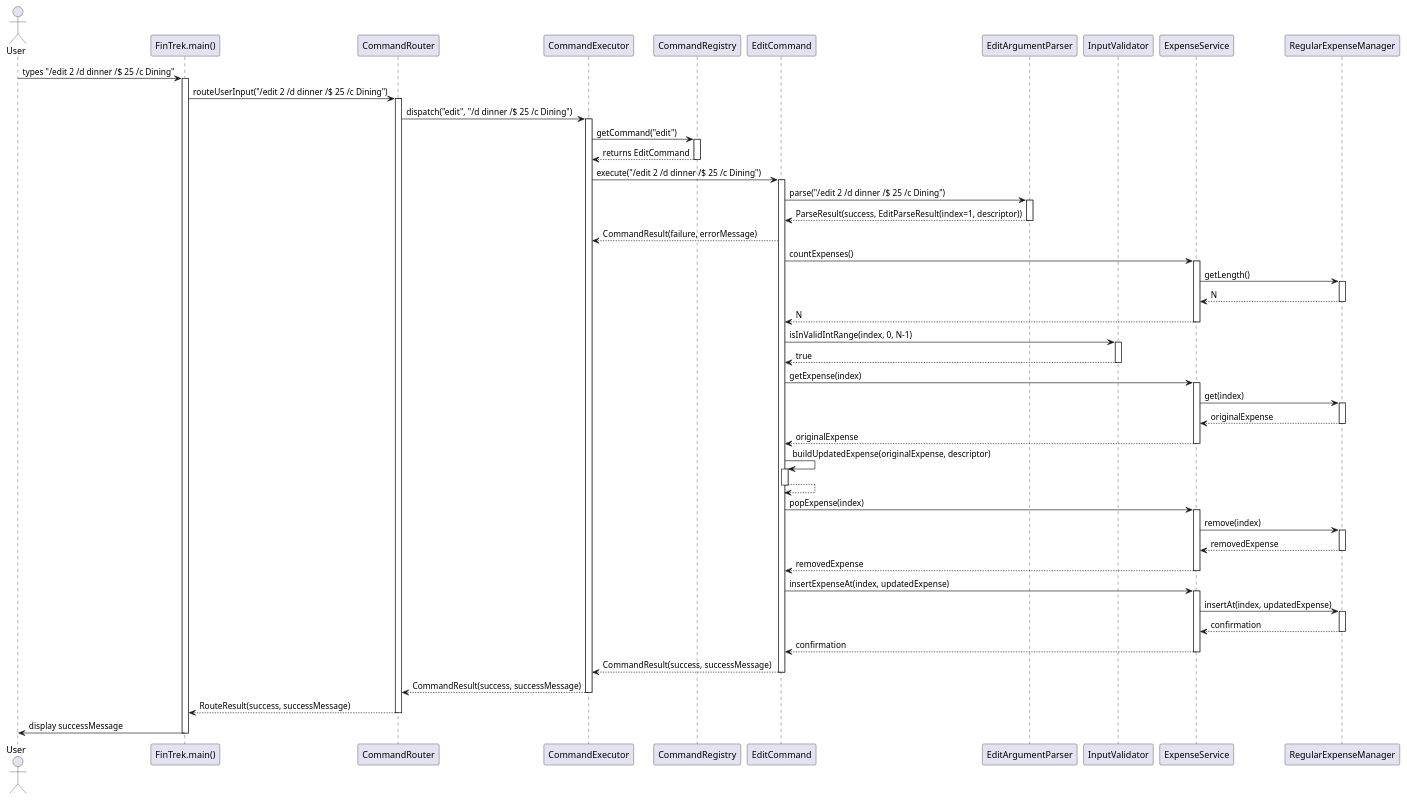
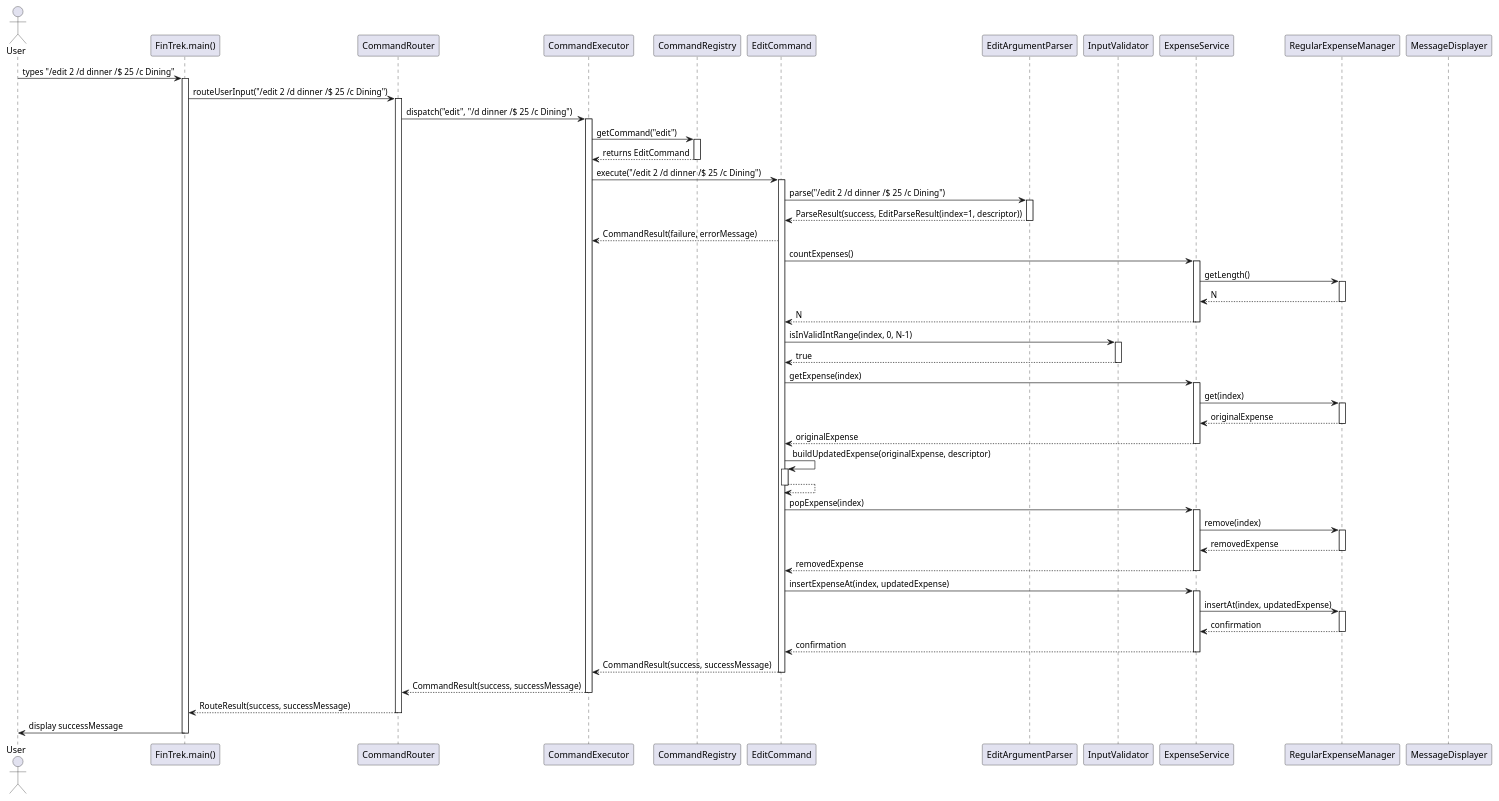
Before and after one commit to randust/tp: the diagram in docs/diagrams/sequence/edit.puml, drawn with PlantUML. The commit also changed 3 other files, not shown here.

```diff
--- a/docs/diagrams/sequence/edit.puml
+++ b/docs/diagrams/sequence/edit.puml
@@ -1,110 +1,111 @@
 @startuml editCommand.puml
 actor User
 participant "FinTrek.main()" as FinTrek
 participant "CommandRouter" as Router
 participant "CommandExecutor" as Executor
 participant "CommandRegistry" as Registry
 participant "EditCommand" as EditCmd
 participant "EditArgumentParser" as Parser
 participant "InputValidator" as Validator
 participant "ExpenseService" as ExpenseSvc
 participant "RegularExpenseManager" as RegExpMgr
+participant "MessageDisplayer" as MsgDis
 
 User -> FinTrek : types "/edit 2 /d dinner /$ 25 /c Dining"
 activate FinTrek
 
 FinTrek -> Router : routeUserInput("/edit 2 /d dinner /$ 25 /c Dining")
 activate Router
 
 Router -> Executor : dispatch("edit", "/d dinner /$ 25 /c Dining")
 activate Executor
 
 Executor -> Registry : getCommand("edit")
 activate Registry
 
 Registry --> Executor : returns EditCommand
 deactivate Registry
 
 Executor -> EditCmd : execute("/edit 2 /d dinner /$ 25 /c Dining")
 activate EditCmd
 
 EditCmd -> Parser : parse("/edit 2 /d dinner /$ 25 /c Dining")
 activate Parser
 
 Parser --> EditCmd : ParseResult(success, EditParseResult(index=1, descriptor))
 deactivate Parser
 
 EditCmd --> Executor : CommandResult(failure, errorMessage)
 EditCmd -> ExpenseSvc : countExpenses()
 activate ExpenseSvc
 
 ExpenseSvc -> RegExpMgr : getLength()
 activate RegExpMgr
 
 RegExpMgr --> ExpenseSvc : N
 deactivate RegExpMgr
 
 ExpenseSvc --> EditCmd : N
 deactivate ExpenseSvc
 
 EditCmd -> Validator : isInValidIntRange(index, 0, N-1)
 activate Validator
 
 Validator --> EditCmd : true
 deactivate Validator
 
 EditCmd -> ExpenseSvc : getExpense(index)
 activate ExpenseSvc
 
 ExpenseSvc -> RegExpMgr : get(index)
 activate RegExpMgr
 
 RegExpMgr --> ExpenseSvc : originalExpense
 deactivate RegExpMgr
 
 ExpenseSvc --> EditCmd : originalExpense
 deactivate ExpenseSvc
 
 EditCmd -> EditCmd : buildUpdatedExpense(originalExpense, descriptor)
 activate EditCmd
 
 EditCmd --> EditCmd
 deactivate EditCmd
 
 EditCmd -> ExpenseSvc : popExpense(index)
 activate ExpenseSvc
 
 ExpenseSvc -> RegExpMgr : remove(index)
 activate RegExpMgr
 
 RegExpMgr --> ExpenseSvc : removedExpense
 deactivate RegExpMgr
 
 ExpenseSvc --> EditCmd : removedExpense
 deactivate ExpenseSvc
 
 EditCmd -> ExpenseSvc : insertExpenseAt(index, updatedExpense)
 activate ExpenseSvc
 
 ExpenseSvc -> RegExpMgr : insertAt(index, updatedExpense)
 activate RegExpMgr
 
 RegExpMgr --> ExpenseSvc : confirmation
 deactivate RegExpMgr
 
 ExpenseSvc --> EditCmd : confirmation
 deactivate ExpenseSvc
 
 EditCmd --> Executor : CommandResult(success, successMessage)
 
 deactivate EditCmd
 
 Executor --> Router : CommandResult(success, successMessage)
 deactivate Executor
 
 Router --> FinTrek : RouteResult(success, successMessage)
 deactivate Router
 
 FinTrek -> User : display successMessage
 deactivate FinTrek
 @enduml
```
